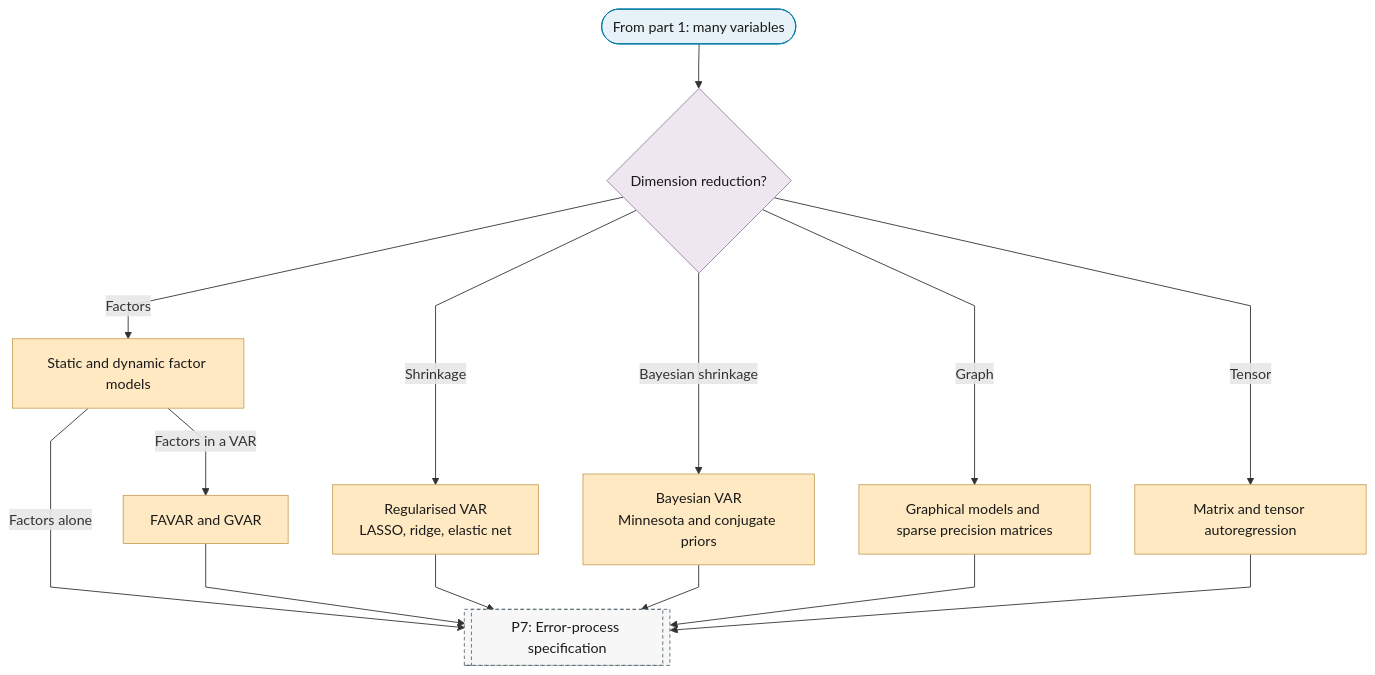
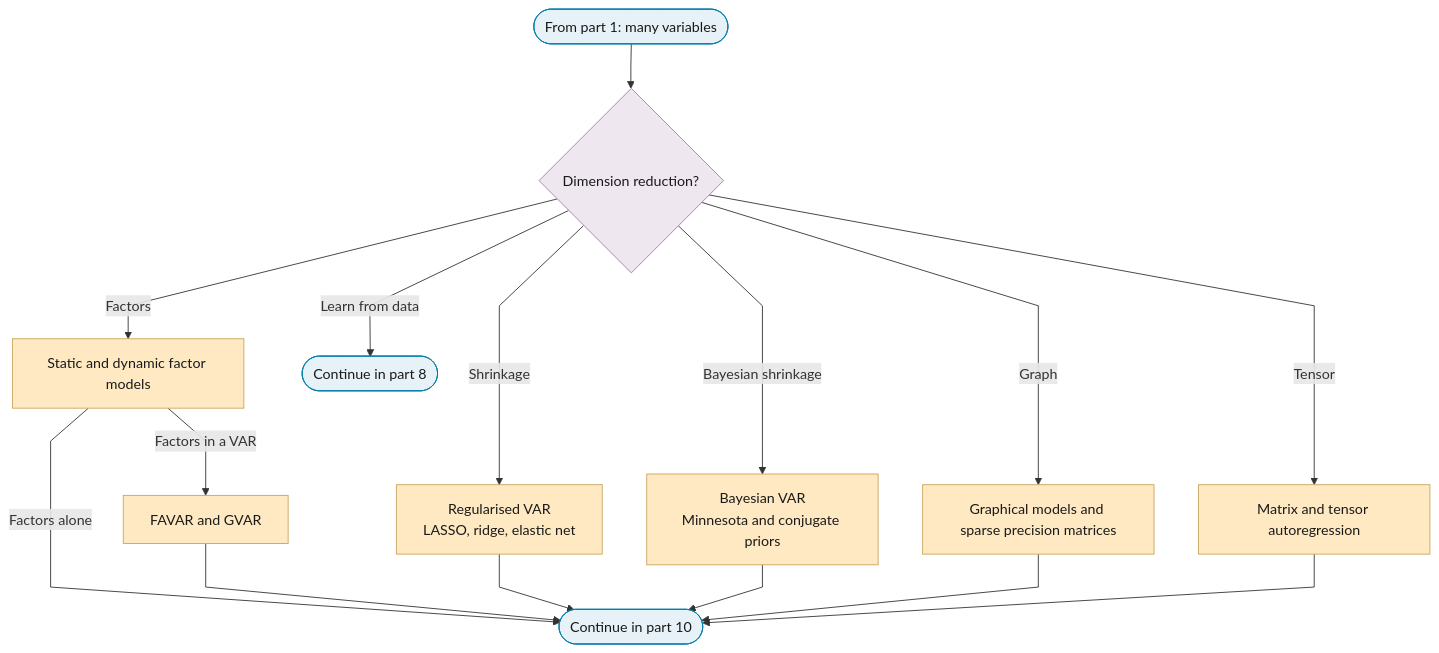
One commit to Shuxin-Y/time-series-analysis-manual changed the third of 10 diagrams in docs/01-workflow/p06-mean-model-class.md. Above: the diagram before and after it, drawn with Mermaid. The commit also changed other lines of this file and 7 other files, not shown here.

````diff
--- a/docs/01-workflow/p06-mean-model-class.md
+++ b/docs/01-workflow/p06-mean-model-class.md
@@ -75,25 +72,25 @@
 ```mermaid
 %%{init: {"flowchart": {"curve": "linear"}}}%%
 graph TD
     P6_PART_3_IN(["From part 1: many variables"]) --> P6_DIMENSION{"Dimension reduction?"}
     P6_DIMENSION -->|"Factors"| P6_FACTOR_MODELS["Static and dynamic factor models"]
     P6_DIMENSION -->|"Shrinkage"| P6_REGULARISED_VAR["Regularised VAR<br/>LASSO, ridge, elastic net"]
     P6_DIMENSION -->|"Bayesian shrinkage"| P6_BVAR["Bayesian VAR<br/>Minnesota and conjugate priors"]
     P6_DIMENSION -->|"Graph"| P6_GRAPHICAL_MODELS["Graphical models and sparse precision matrices"]
     P6_DIMENSION -->|"Tensor"| P6_TENSOR_AR["Matrix and tensor autoregression"]
+    P6_DIMENSION -->|"Learn from data"| P6_PART_3_TO_PART_8(["Continue in part 8"])
     P6_FACTOR_MODELS -->|"Factors in a VAR"| P6_FAVAR["FAVAR and GVAR"]
-    P6_FACTOR_MODELS -->|"Factors alone"| P7
-    P6_FAVAR & P6_REGULARISED_VAR & P6_BVAR & P6_GRAPHICAL_MODELS & P6_TENSOR_AR --> P7[["P7: Error-process specification"]]
+    P6_FACTOR_MODELS -->|"Factors alone"| P6_PART_3_OUT
+    P6_FAVAR & P6_REGULARISED_VAR & P6_BVAR & P6_GRAPHICAL_MODELS & P6_TENSOR_AR --> P6_PART_3_OUT(["Continue in part 10"])
     class P6_FACTOR_MODELS,P6_REGULARISED_VAR,P6_BVAR,P6_GRAPHICAL_MODELS,P6_TENSOR_AR,P6_FAVAR escalate
-    class P6_PART_3_IN terminator
+    class P6_PART_3_IN,P6_PART_3_TO_PART_8,P6_PART_3_OUT terminator
     class P6_DIMENSION decision
-    class P7 ref
     classDef terminator fill:#E6F2F7,stroke:#007BA7,color:#1A1A1A;
     classDef process fill:#FFFFFF,stroke:#5A6B73,color:#1A1A1A;
     classDef decision fill:#EFE7F0,stroke:#9B7FA7,color:#1A1A1A;
     classDef data fill:#FFF4E0,stroke:#C9A55E,color:#1A1A1A;
     classDef good fill:#DCEFD8,stroke:#4A7A3F,color:#1A1A1A;
     classDef escalate fill:#FFE9C2,stroke:#C9A55E,color:#1A1A1A;
     classDef problem fill:#F2D9DE,stroke:#800020,color:#1A1A1A;
     classDef ref fill:#F7F7F7,stroke:#5A6B73,color:#1A1A1A,stroke-dasharray:4 3;
 ```
````
